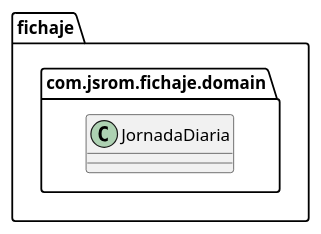
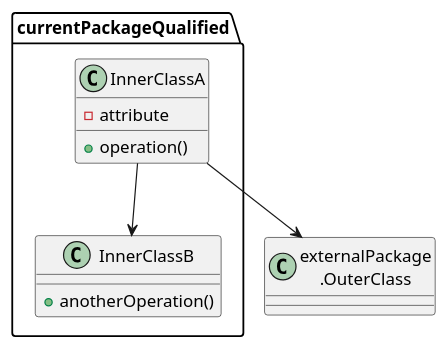
Before and after one commit to js-rom/Luis: the first of 5 diagrams in .agents/skills/class-diagram/SKILL.md, drawn with PlantUML. The commit also changed other lines of this file, not shown here.

Commit message:
enhance class-diagram

````diff
--- a/.agents/skills/class-diagram/SKILL.md
+++ b/.agents/skills/class-diagram/SKILL.md
@@ -59,5 +63,16 @@
 ```plantuml
-package "com.jsrom.fichaje.domain" as "fichaje.domain" {
-    class JornadaDiaria
+package currentPackageNotQualified as "currentPackageQualified" {
+    class InnerClassA {
+        - attribute
+        + operation()
+    }
+    class InnerClassB {
+        + anotherOperation()
+    }
+
+    currentPackageNotQualified.InnerClassA --> currentPackageNotQualified.InnerClassB
 }
+
+class OuterClass as "externalPackage\n.OuterClass"
+currentPackageNotQualified.InnerClassA --> OuterClass
 ```
````
